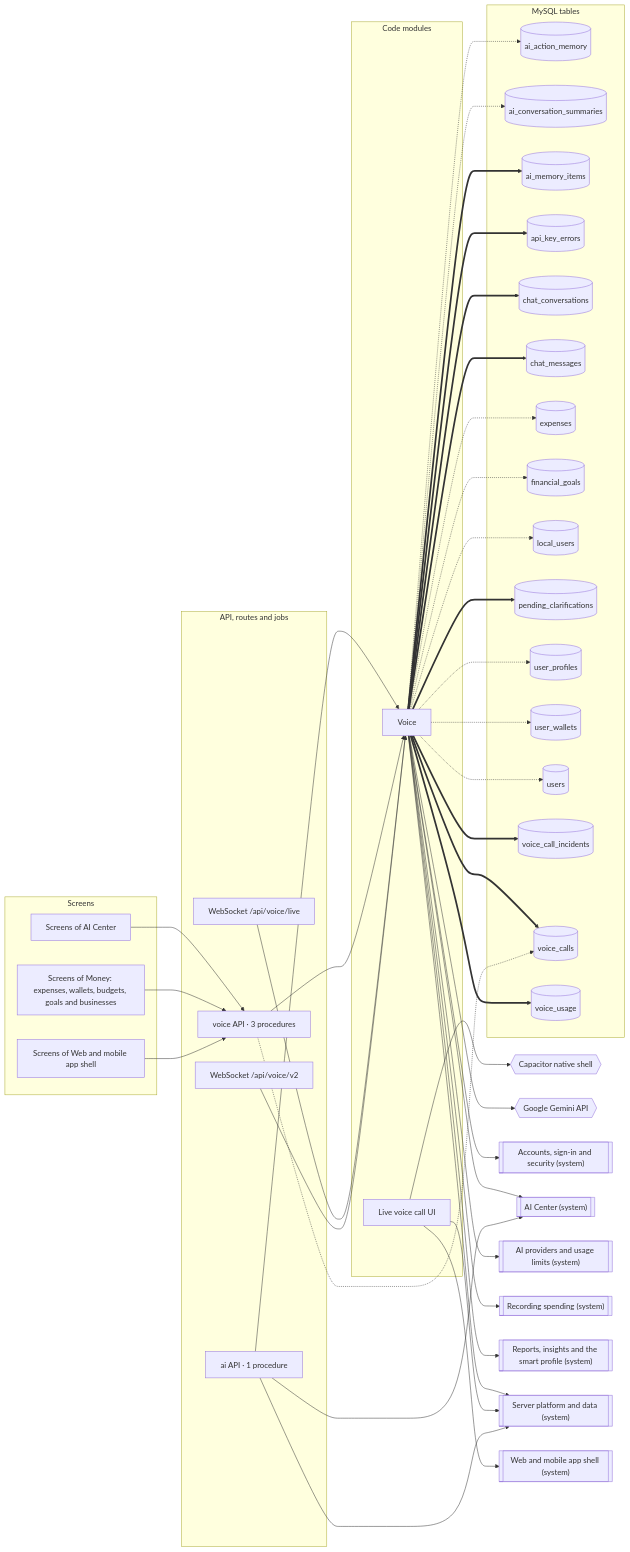
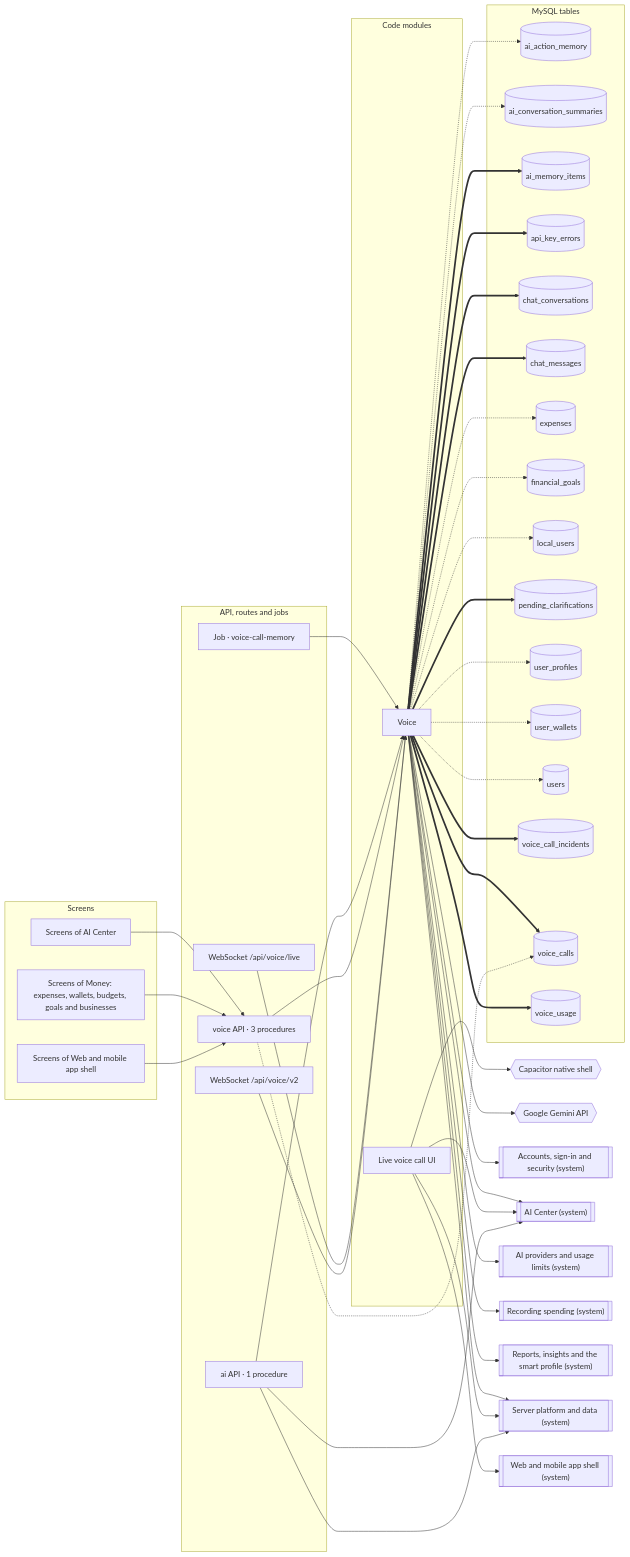
The diagram in docs/atlas/systems/voice-calls.md (mahmoudtaherr111/smartspend_mini_all), drawn with Mermaid before and after one commit. The commit also changed other lines of this file and 36 other files, not shown here.

First line of the commit message:
feat(voice): each call leaves a summary and what to remember (not yet proven live)

```diff
--- a/docs/atlas/systems/voice-calls.md
+++ b/docs/atlas/systems/voice-calls.md
@@ -18,6 +18,7 @@
     screens_web_app["Screens of Web and mobile app shell"]
   end
   subgraph g_api["API, routes and jobs"]
+    job_voice_call_memory["Job · voice-call-memory"]
     router_ai["ai API · 1 procedure"]
     router_voice["voice API · 3 procedures"]
     ws__api_voice_live["WebSocket /api/voice/live"]
@@ -54,6 +55,7 @@
   sys_insights[["Reports, insights and the smart profile (system)"]]
   sys_platform[["Server platform and data (system)"]]
   sys_web_app[["Web and mobile app shell (system)"]]
+  job_voice_call_memory --> mod_voice
   mod_voice --> ext_gemini
   mod_voice --> sys_accounts
   mod_voice --> sys_ai_center
@@ -78,6 +80,7 @@
   mod_voice ==> tbl_voice_calls
   mod_voice ==> tbl_voice_usage
   mod_web_voice_call --> ext_capacitor
+  mod_web_voice_call --> sys_ai_center
   mod_web_voice_call --> sys_platform
   mod_web_voice_call --> sys_web_app
   router_ai --> mod_voice
```
